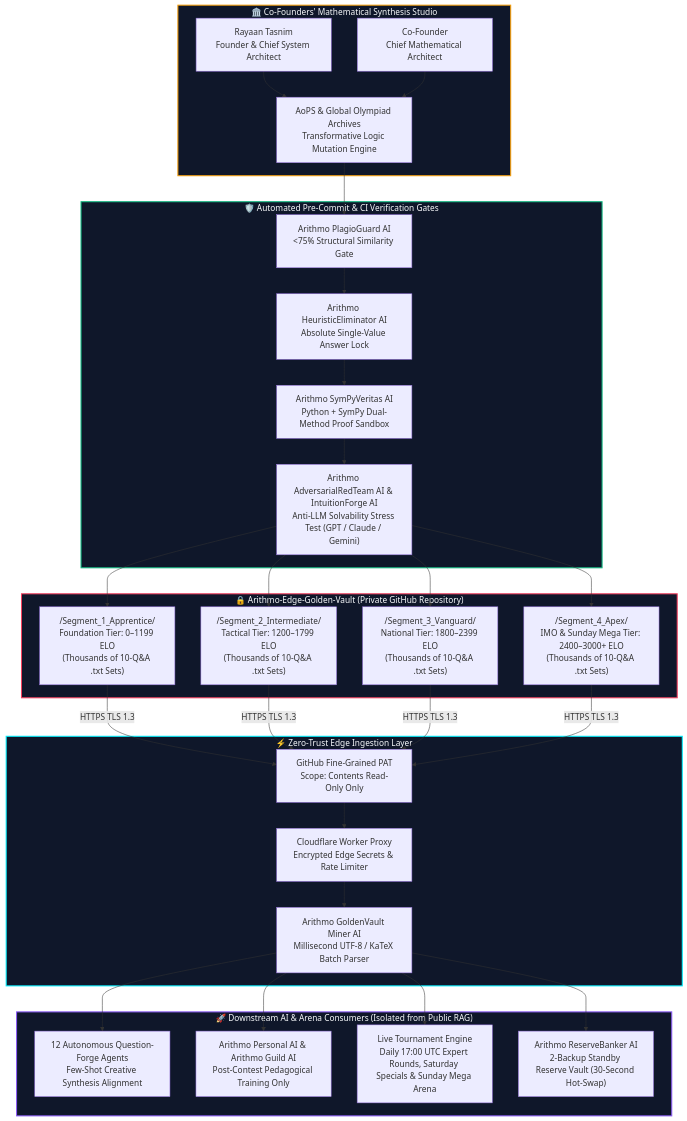
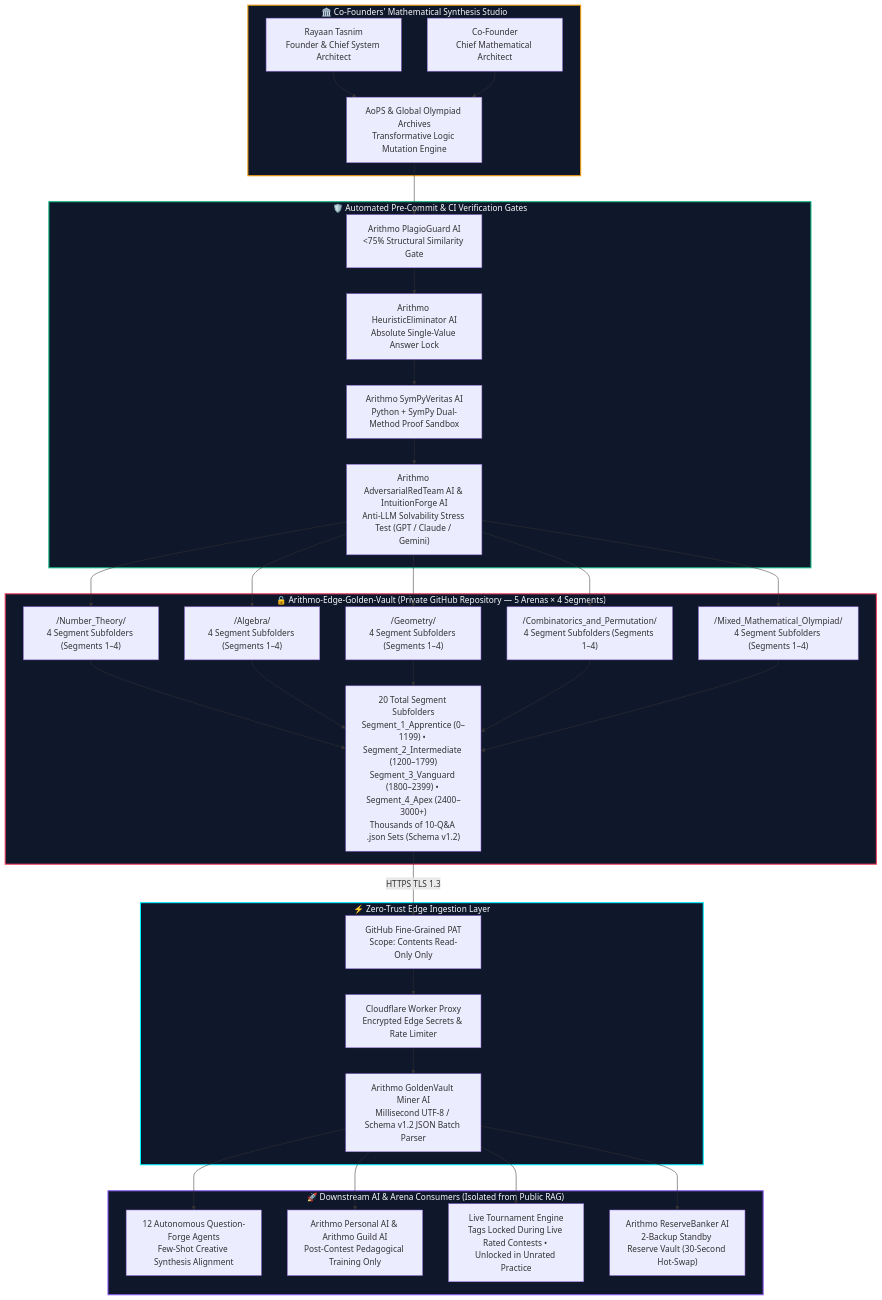
The diagram in README.md (Arithmo-Edge/JSON-Converter), drawn with Mermaid before and after one commit. The commit also changed other lines of this file and 3 other files, not shown here.

```diff
--- a/README.md
+++ b/README.md
@@ -39,46 +39,48 @@
 <div class="mermaid">
 flowchart TD
     subgraph COFOUNDERS["🏛️ Co-Founders' Mathematical Synthesis Studio"]
         A1["Rayaan Tasnim<br/>Founder & Chief System Architect"]
         A2["Co-Founder<br/>Chief Mathematical Architect"]
         A3["AoPS & Global Olympiad Archives<br/>Transformative Logic Mutation Engine"]
         A1 & A2 --> A3
     end
 
     subgraph QUALITY_GATES["🛡️ Automated Pre-Commit & CI Verification Gates"]
         G1["Arithmo PlagioGuard AI<br/>&lt;75% Structural Similarity Gate"]
         G2["Arithmo HeuristicEliminator AI<br/>Absolute Single-Value Answer Lock"]
         G3["Arithmo SymPyVeritas AI<br/>Python + SymPy Dual-Method Proof Sandbox"]
         G4["Arithmo AdversarialRedTeam AI &amp; IntuitionForge AI<br/>Anti-LLM Solvability Stress Test (GPT / Claude / Gemini)"]
         A3 --> G1 --> G2 --> G3 --> G4
     end
 
-    subgraph PRIVATE_VAULT["🔒 Arithmo-Edge-Golden-Vault (Private GitHub Repository)"]
-        S1["/Segment_1_Apprentice/<br/>Foundation Tier: 0–1199 ELO<br/>(Thousands of 10-Q&amp;A .txt Sets)"]
-        S2["/Segment_2_Intermediate/<br/>Tactical Tier: 1200–1799 ELO<br/>(Thousands of 10-Q&amp;A .txt Sets)"]
-        S3["/Segment_3_Vanguard/<br/>National Tier: 1800–2399 ELO<br/>(Thousands of 10-Q&amp;A .txt Sets)"]
-        S4["/Segment_4_Apex/<br/>IMO &amp; Sunday Mega Tier: 2400–3000+ ELO<br/>(Thousands of 10-Q&amp;A .txt Sets)"]
-        G4 --> S1 & S2 & S3 & S4
+    subgraph PRIVATE_VAULT["🔒 Arithmo-Edge-Golden-Vault (Private GitHub Repository — 5 Arenas × 4 Segments)"]
+        AR1["/Number_Theory/<br/>4 Segment Subfolders (Segments 1–4)"]
+        AR2["/Algebra/<br/>4 Segment Subfolders (Segments 1–4)"]
+        AR3["/Geometry/<br/>4 Segment Subfolders (Segments 1–4)"]
+        AR4["/Combinatorics_and_Permutation/<br/>4 Segment Subfolders (Segments 1–4)"]
+        AR5["/Mixed_Mathematical_Olympiad/<br/>4 Segment Subfolders (Segments 1–4)"]
+        SEG["20 Total Segment Subfolders<br/>Segment_1_Apprentice (0–1199) • Segment_2_Intermediate (1200–1799)<br/>Segment_3_Vanguard (1800–2399) • Segment_4_Apex (2400–3000+)<br/>Thousands of 10-Q&amp;A .json Sets (Schema v1.2)"]
+        G4 --> AR1 & AR2 & AR3 & AR4 & AR5 --> SEG
     end
 
     subgraph EDGE_INGESTION["⚡ Zero-Trust Edge Ingestion Layer"]
         PAT["GitHub Fine-Grained PAT<br/>Scope: Contents Read-Only Only"]
         CFW["Cloudflare Worker Proxy<br/>Encrypted Edge Secrets &amp; Rate Limiter"]
-        MINER["Arithmo GoldenVault Miner AI<br/>Millisecond UTF-8 / KaTeX Batch Parser"]
-        S1 & S2 & S3 & S4 -->|HTTPS TLS 1.3| PAT --> CFW --> MINER
+        MINER["Arithmo GoldenVault Miner AI<br/>Millisecond UTF-8 / Schema v1.2 JSON Batch Parser"]
+        SEG -->|HTTPS TLS 1.3| PAT --> CFW --> MINER
     end
 
     subgraph CONSUMERS["🚀 Downstream AI & Arena Consumers (Isolated from Public RAG)"]
         C1["12 Autonomous Question-Forge Agents<br/>Few-Shot Creative Synthesis Alignment"]
         C2["Arithmo Personal AI &amp; Arithmo Guild AI<br/>Post-Contest Pedagogical Training Only"]
-        C3["Live Tournament Engine<br/>Daily 17:00 UTC Expert Rounds, Saturday Specials &amp; Sunday Mega Arena"]
+        C3["Live Tournament Engine<br/>Tags Locked During Live Rated Contests • Unlocked in Unrated Practice"]
         C4["Arithmo ReserveBanker AI<br/>2-Backup Standby Reserve Vault (30-Second Hot-Swap)"]
         MINER --> C1 & C2 & C3 & C4
     end
 
     style PRIVATE_VAULT fill:#0f172a,stroke:#f43f5e,stroke-width:2px,color:#f8fafc
     style EDGE_INGESTION fill:#0f172a,stroke:#00f0ff,stroke-width:2px,color:#f8fafc
     style QUALITY_GATES fill:#0f172a,stroke:#10b981,stroke-width:2px,color:#f8fafc
     style COFOUNDERS fill:#0f172a,stroke:#f59e0b,stroke-width:2px,color:#f8fafc
     style CONSUMERS fill:#0f172a,stroke:#8b5cf6,stroke-width:2px,color:#f8fafc
 </div>
```
